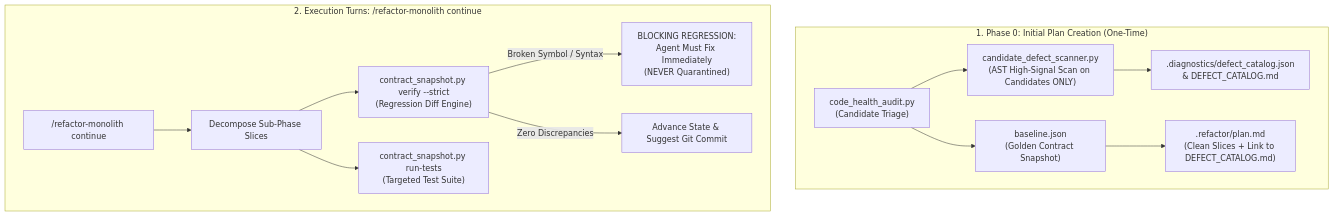
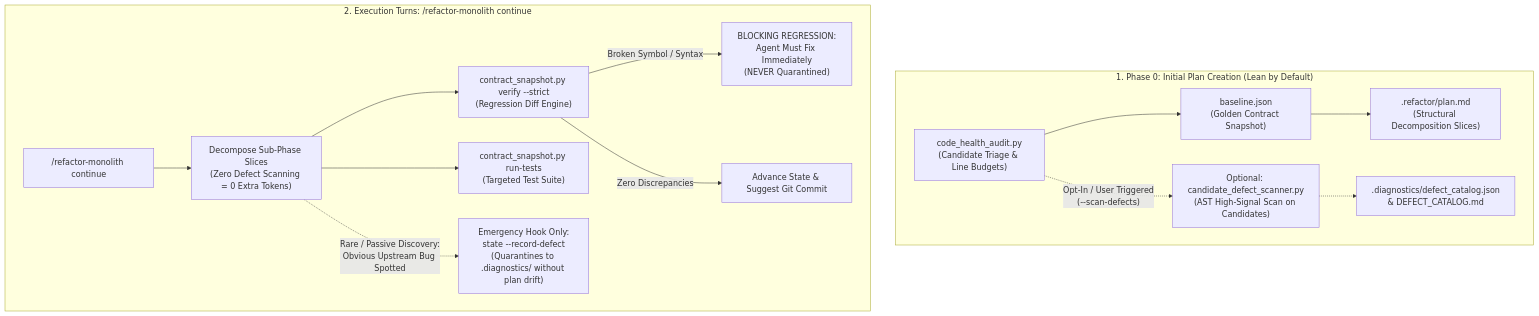
The diagram in .TODO/refactor_monolith_architecture_elevation_plan.md (davtoh/antigravity-skills), drawn with Mermaid before and after one commit. The commit also changed other lines of this file, not shown here.

Commit message:
doc: improve refactor_monolith_architecture_elevation_plan.md

````diff
--- a/.TODO/refactor_monolith_architecture_elevation_plan.md
+++ b/.TODO/refactor_monolith_architecture_elevation_plan.md
@@ -18,17 +18,19 @@
 ```mermaid
 flowchart TD
-    subgraph PlanPhase["1. Phase 0: Initial Plan Creation (One-Time)"]
-        Audit["code_health_audit.py\n(Candidate Triage)"] --> Scan["candidate_defect_scanner.py\n(AST High-Signal Scan on Candidates ONLY)"]
-        Scan --> DefectCat[".diagnostics/defect_catalog.json\n& DEFECT_CATALOG.md"]
-        Audit --> Anchor["baseline.json\n(Golden Contract Snapshot)"]
-        Anchor --> PlanMD[".refactor/plan.md\n(Clean Slices + Link to DEFECT_CATALOG.md)"]
+    subgraph PlanPhase["1. Phase 0: Initial Plan Creation (Lean by Default)"]
+        Audit["code_health_audit.py\n(Candidate Triage & Line Budgets)"] --> Anchor["baseline.json\n(Golden Contract Snapshot)"]
+        Anchor --> PlanMD[".refactor/plan.md\n(Structural Decomposition Slices)"]
+        
+        Audit -.->|"Opt-In / User Triggered\n(--scan-defects)"| Scan["Optional: candidate_defect_scanner.py\n(AST High-Signal Scan on Candidates)"]
+        Scan -.-> DefectCat[".diagnostics/defect_catalog.json\n& DEFECT_CATALOG.md"]
     end
 
     subgraph ExecPhase["2. Execution Turns: /refactor-monolith continue"]
-        Continue["/refactor-monolith continue"] --> Slice["Decompose Sub-Phase Slices"]
+        Continue["/refactor-monolith continue"] --> Slice["Decompose Sub-Phase Slices\n(Zero Defect Scanning = 0 Extra Tokens)"]
         Slice --> Verify["contract_snapshot.py verify --strict\n(Regression Diff Engine)"]
         Slice --> Tests["contract_snapshot.py run-tests\n(Targeted Test Suite)"]
         Verify -->|Broken Symbol / Syntax| Regress["BLOCKING REGRESSION:\nAgent Must Fix Immediately\n(NEVER Quarantined)"]
         Verify -->|Zero Discrepancies| Advance["Advance State & Suggest Git Commit"]
+        Slice -.->|"Rare / Passive Discovery:\nObvious Upstream Bug Spotted"| QuarantineHook["Emergency Hook Only:\nstate --record-defect\n(Quarantines to .diagnostics/ without plan drift)"]
     end
 ```
````
